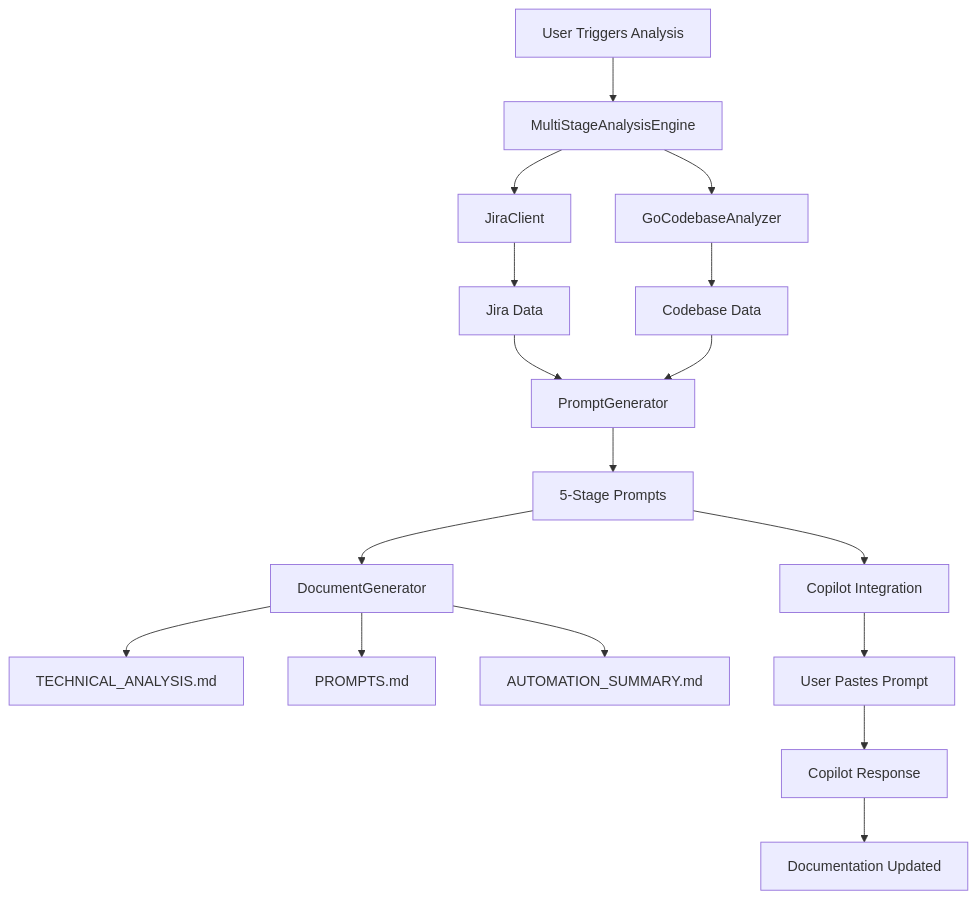
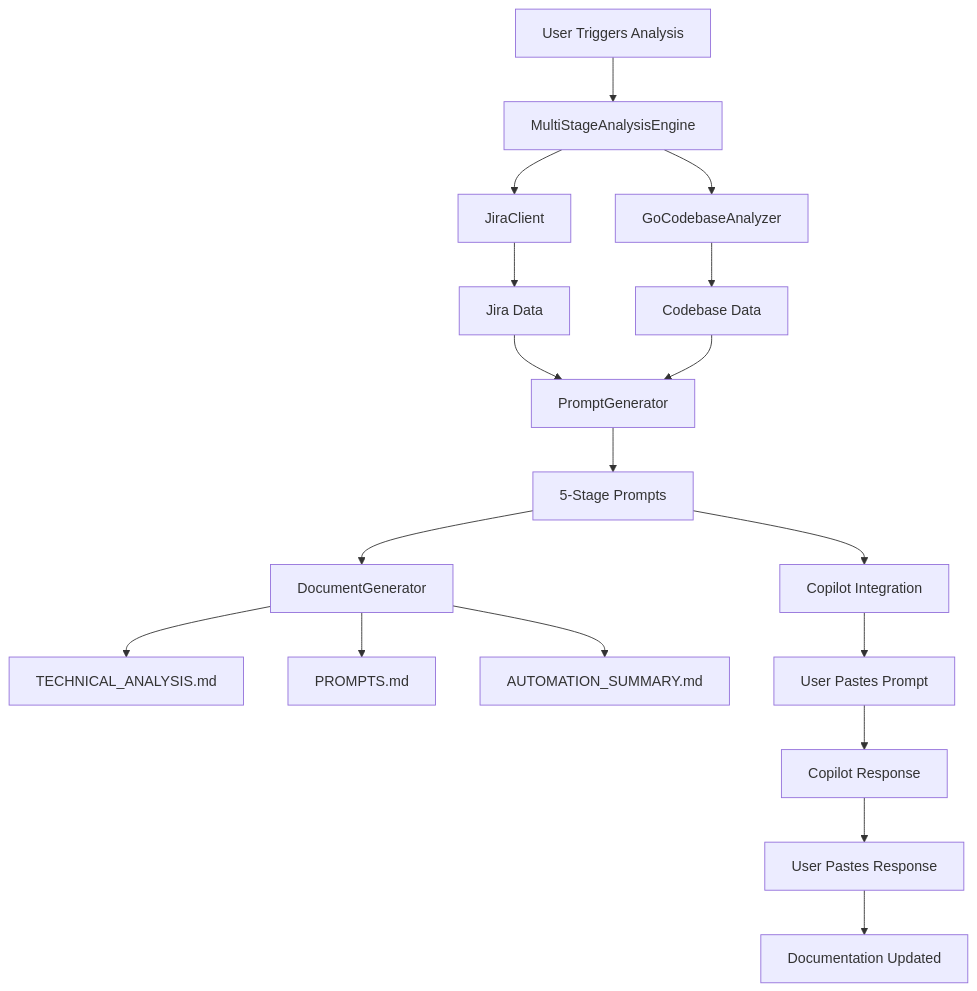
Before and after one commit to Srinidhi94/Product-Owner-AI-Agent: the first of 4 diagrams in docs/ARCHITECTURE.md, drawn with Mermaid. The commit also changed other lines of this file and 5 other files, not shown here.

Commit message:
docs: comprehensive overhaul for PRD, architecture, user, developer, PoC guides, and README; clarify workflow, add visuals, align with product vision

````diff
--- a/docs/ARCHITECTURE.md
+++ b/docs/ARCHITECTURE.md
@@ -4,19 +6,20 @@
 ```mermaid
 graph TD
     A[User Triggers Analysis] --> B[MultiStageAnalysisEngine]
     B --> C[JiraClient]
     B --> D[GoCodebaseAnalyzer]
     C --> E[Jira Data]
     D --> F[Codebase Data]
     E --> G[PromptGenerator]
     F --> G
     G --> H[5-Stage Prompts]
     H --> I[DocumentGenerator]
     I --> J[TECHNICAL_ANALYSIS.md]
     I --> K[PROMPTS.md]
     I --> L[AUTOMATION_SUMMARY.md]
     H --> M[Copilot Integration]
     M --> N[User Pastes Prompt]
     N --> O[Copilot Response]
-    O --> P[Documentation Updated]
+    O --> P[User Pastes Response]
+    P --> Q[Documentation Updated]
 ```
````
